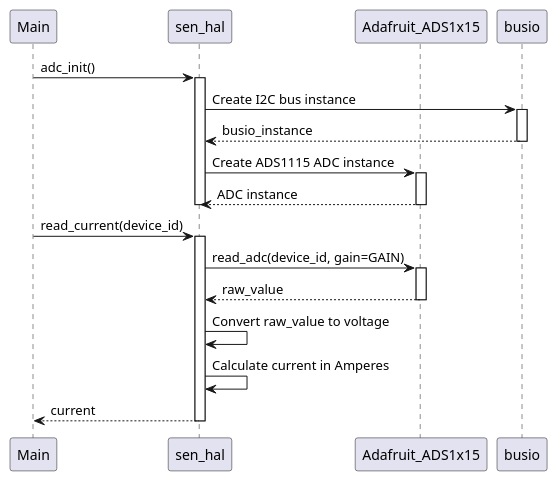
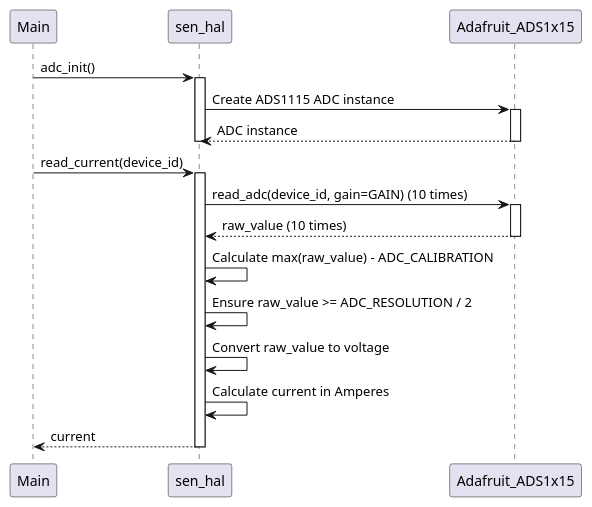
The diagram in design/sens_hal.puml (shawsuraj203/smart_home), drawn with PlantUML before and after one commit. The commit also changed 10 other files, not shown here.

Commit message:
uml updates.

```diff
--- a/design/sens_hal.puml
+++ b/design/sens_hal.puml
@@ -1,28 +1,26 @@
 @startuml
 participant Main
 participant sen_hal
 participant Adafruit_ADS1x15
-participant busio
 
 Main -> sen_hal: adc_init()
 activate sen_hal
-sen_hal -> busio: Create I2C bus instance
-activate busio
-return busio_instance
-deactivate busio
 sen_hal -> Adafruit_ADS1x15: Create ADS1115 ADC instance
 activate Adafruit_ADS1x15
 return ADC instance
 deactivate Adafruit_ADS1x15
 deactivate sen_hal
 
 Main -> sen_hal: read_current(device_id)
 activate sen_hal
-sen_hal -> Adafruit_ADS1x15: read_adc(device_id, gain=GAIN)
+sen_hal -> Adafruit_ADS1x15: read_adc(device_id, gain=GAIN) (10 times)
 activate Adafruit_ADS1x15
-return raw_value
+return raw_value (10 times)
+sen_hal -> sen_hal: Calculate max(raw_value) - ADC_CALIBRATION
+sen_hal -> sen_hal: Ensure raw_value >= ADC_RESOLUTION / 2
 sen_hal -> sen_hal: Convert raw_value to voltage
 sen_hal -> sen_hal: Calculate current in Amperes
 return current
+deactivate Adafruit_ADS1x15
 deactivate sen_hal
 @enduml
```
